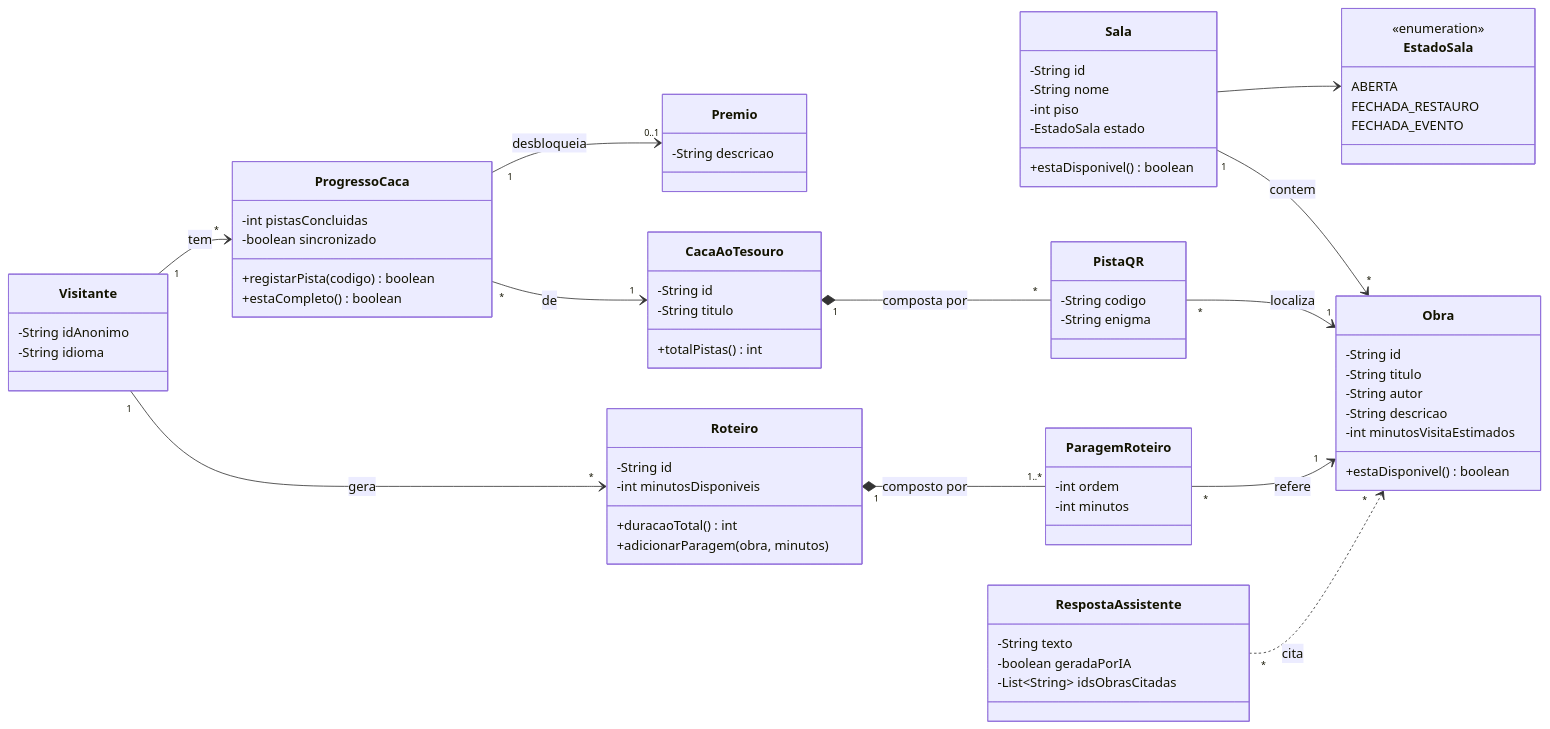
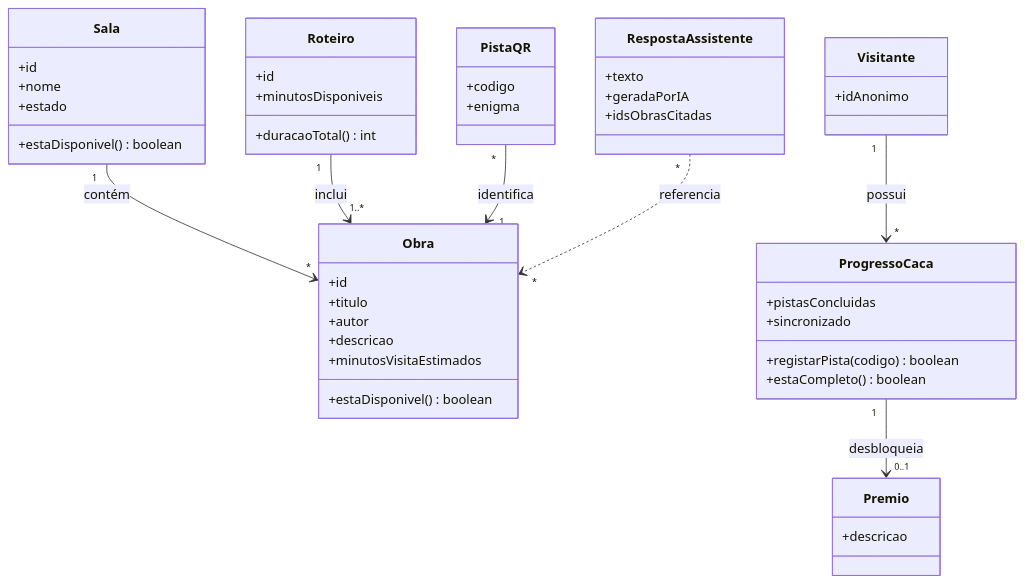
The second of 6 diagrams in docs/arquitetura.md (PedroRodriguesUFP/Projeto-de-ESOF), drawn with Mermaid before and after one commit. The commit also changed other lines of this file and 3 other files, not shown here.

````diff
--- a/docs/arquitetura.md
+++ b/docs/arquitetura.md
@@ -42,75 +37,49 @@
 ```mermaid
 classDiagram
-    direction LR
-
     class Sala {
-        -String id
-        -String nome
-        -int piso
-        -EstadoSala estado
+        +id
+        +nome
+        +estado
         +estaDisponivel() boolean
     }
     class Obra {
-        -String id
-        -String titulo
-        -String autor
-        -String descricao
-        -int minutosVisitaEstimados
+        +id
+        +titulo
+        +autor
+        +descricao
+        +minutosVisitaEstimados
         +estaDisponivel() boolean
     }
     class Roteiro {
-        -String id
-        -int minutosDisponiveis
+        +id
+        +minutosDisponiveis
         +duracaoTotal() int
-        +adicionarParagem(obra, minutos)
-    }
-    class ParagemRoteiro {
-        -int ordem
-        -int minutos
-    }
-    class CacaAoTesouro {
-        -String id
-        -String titulo
-        +totalPistas() int
     }
     class PistaQR {
-        -String codigo
-        -String enigma
+        +codigo
+        +enigma
     }
     class ProgressoCaca {
-        -int pistasConcluidas
-        -boolean sincronizado
+        +pistasConcluidas
+        +sincronizado
         +registarPista(codigo) boolean
         +estaCompleto() boolean
     }
     class Premio {
-        -String descricao
+        +descricao
     }
     class Visitante {
-        -String idAnonimo
-        -String idioma
+        +idAnonimo
     }
     class RespostaAssistente {
-        -String texto
-        -boolean geradaPorIA
-        -List~String~ idsObrasCitadas
+        +texto
+        +geradaPorIA
+        +idsObrasCitadas
     }
-    class EstadoSala {
-        <<enumeration>>
-        ABERTA
-        FECHADA_RESTAURO
-        FECHADA_EVENTO
-    }
-
-    Sala "1" --> "*" Obra : contem
-    Sala --> EstadoSala
-    Roteiro "1" *-- "1..*" ParagemRoteiro : composto por
-    ParagemRoteiro "*" --> "1" Obra : refere
-    CacaAoTesouro "1" *-- "*" PistaQR : composta por
-    PistaQR "*" --> "1" Obra : localiza
-    Visitante "1" --> "*" Roteiro : gera
-    Visitante "1" --> "*" ProgressoCaca : tem
-    ProgressoCaca "*" --> "1" CacaAoTesouro : de
+    Sala "1" --> "*" Obra : contém
+    Roteiro "1" --> "1..*" Obra : inclui
+    PistaQR "*" --> "1" Obra : identifica
+    Visitante "1" --> "*" ProgressoCaca : possui
     ProgressoCaca "1" --> "0..1" Premio : desbloqueia
-    RespostaAssistente "*" ..> "*" Obra : cita
+    RespostaAssistente "*" ..> "*" Obra : referencia
 ```
````
